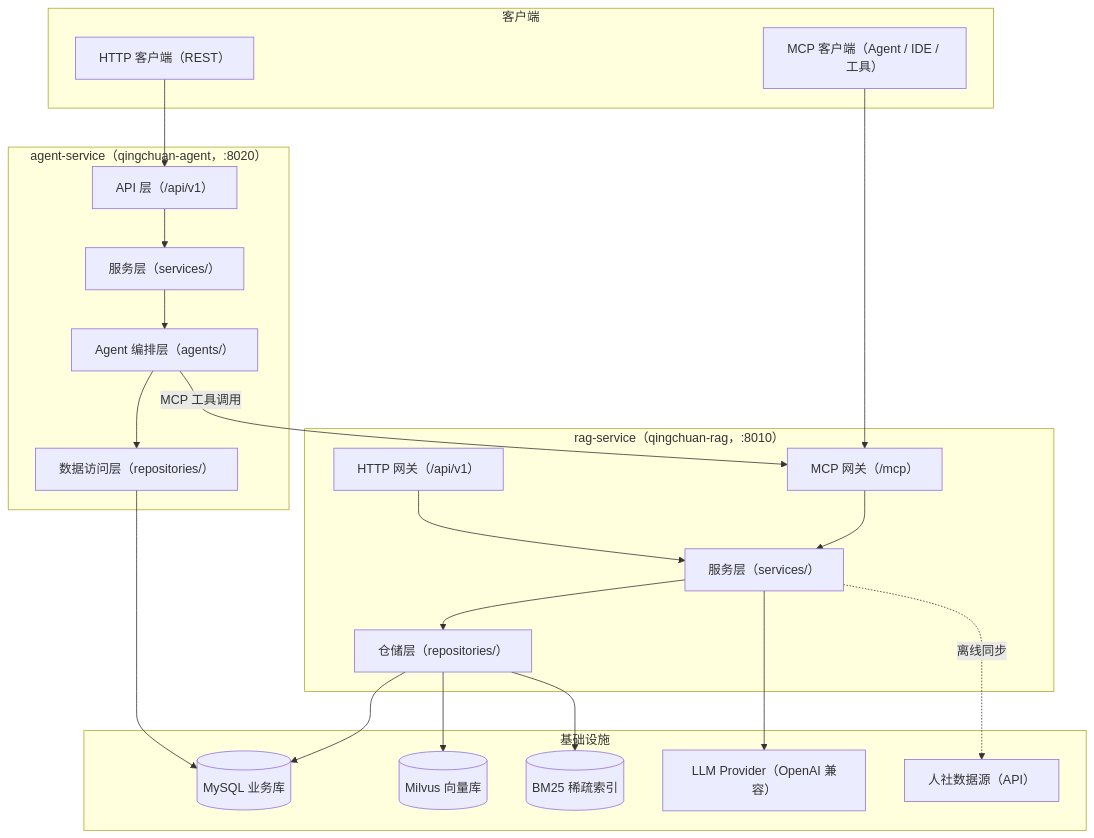
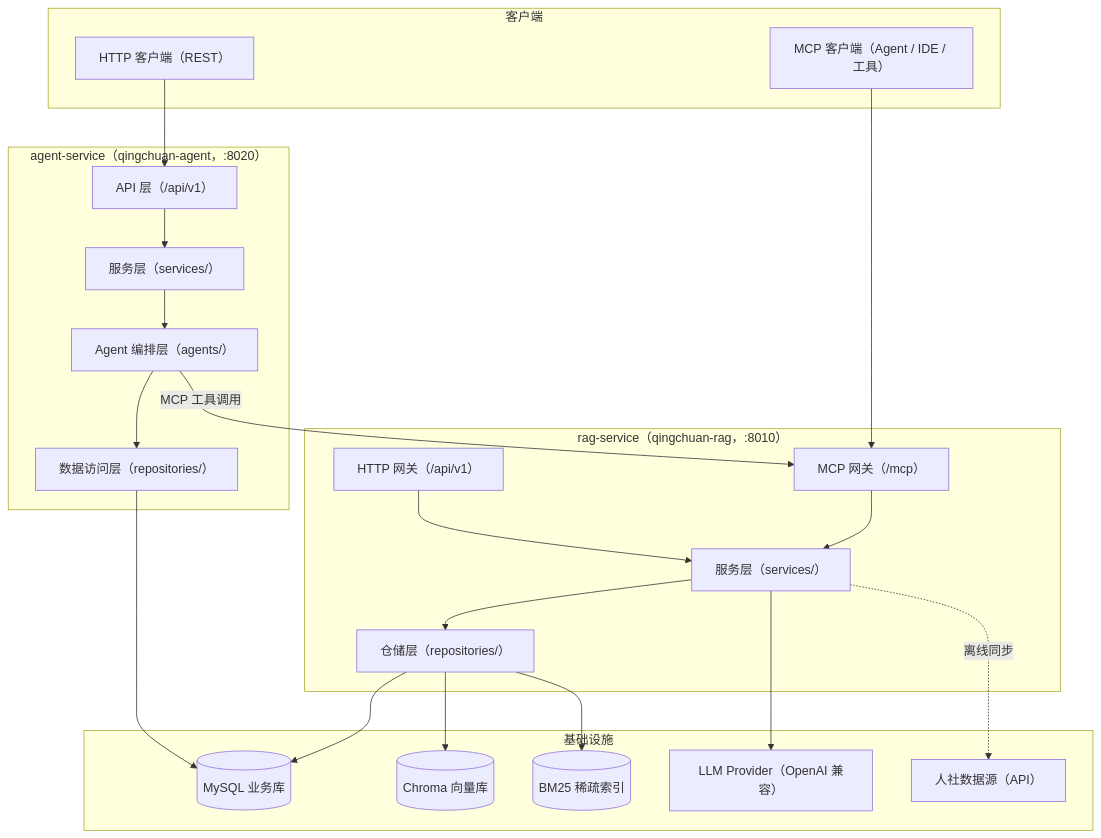
Before and after one commit to chain-engine/x-QingChuan: the first of 3 diagrams in README.md, drawn with Mermaid. The commit also changed other lines of this file and 9 other files, not shown here.

````diff
--- a/README.md
+++ b/README.md
@@ -118,45 +119,45 @@
 ```mermaid
 flowchart TB
     subgraph CLIENTS["客户端"]
         A1["HTTP 客户端（REST）"]
         A2["MCP 客户端（Agent / IDE / 工具）"]
     end
 
     subgraph AGENT["agent-service（qingchuan-agent，:8020）"]
         B1["API 层（/api/v1）"]
         B2["服务层（services/）"]
         B3["Agent 编排层（agents/）"]
         B4["数据访问层（repositories/）"]
     end
 
     subgraph RAG["rag-service（qingchuan-rag，:8010）"]
         C1["HTTP 网关（/api/v1）"]
         C2["MCP 网关（/mcp）"]
         C3["服务层（services/）"]
         C4["仓储层（repositories/）"]
     end
 
     subgraph INFRA["基础设施"]
         D1[("MySQL 业务库")]
-        D2[("Milvus 向量库")]
+        D2[("Chroma 向量库")]
         D3[("BM25 稀疏索引")]
         D4["LLM Provider（OpenAI 兼容）"]
         D5["人社数据源（API）"]
     end
 
     A1 --> B1
     A2 --> C2
     B1 --> B2
     B2 --> B3
     B3 -- "MCP 工具调用" --> C2
     B3 --> B4
     B4 --> D1
     C1 --> C3
     C2 --> C3
     C3 --> C4
     C4 --> D1
     C4 --> D2
     C4 --> D3
     C3 --> D4
     C3 -. "离线同步" .-> D5
 ```
````
